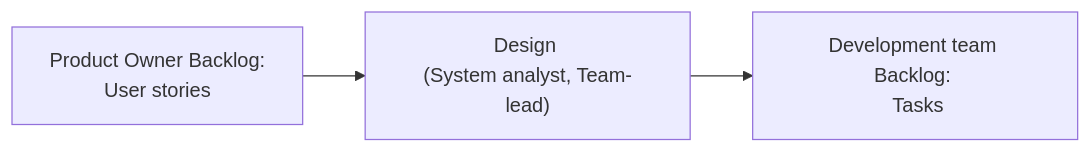
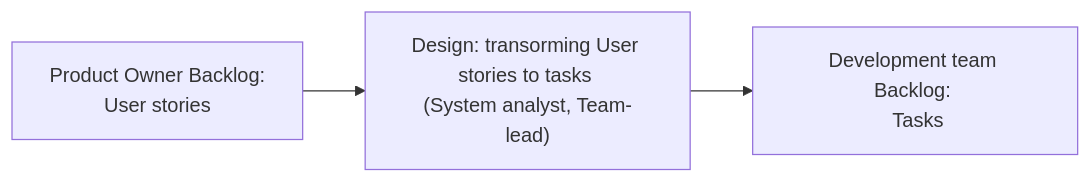
One commit to PortnovAlex80/enterprise changed the first of 2 diagrams in README.md. Above: the diagram before and after it, drawn with Mermaid.

````diff
--- a/README.md
+++ b/README.md
@@ -28,9 +28,9 @@
 ```mermaid
 %%{init: {"flowchart": {"htmlLabels": false}} }%%
 flowchart LR
     POB["Product Owner Backlog:\n User stories"]
-    DES["Design \n(System analyst, Team-lead)"]
+    DES["Design: transorming User stories to tasks \n(System analyst, Team-lead)"]
     DEV["Development team Backlog: \n Tasks"]
     POB --> DES
     DES --> DEV
 ```
````
